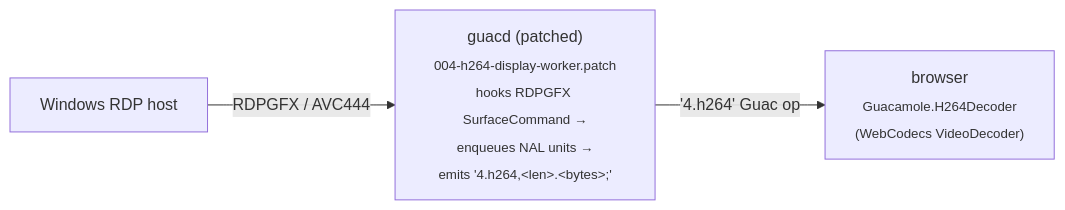
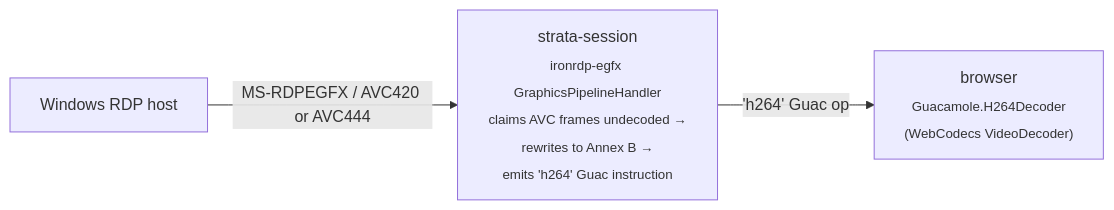
The diagram in docs/h264-passthrough.md (Bails309/strata-client), drawn with Mermaid before and after one commit. The commit also changed other lines of this file and 201 other files, not shown here.

````diff
--- a/docs/h264-passthrough.md
+++ b/docs/h264-passthrough.md
@@ -34,8 +25,8 @@
 ```mermaid
 flowchart LR
     Host["Windows RDP host"]
-    Host -->|"RDPGFX / AVC444"| Guacd
-    Guacd["guacd (patched)<br/><sub>004-h264-display-worker.patch<br/>hooks RDPGFX SurfaceCommand →<br/>enqueues NAL units →<br/>emits '4.h264,&lt;len&gt;.&lt;bytes&gt;;'</sub>"]
-    Guacd -->|"'4.h264' Guac op"| Browser
+    Host -->|"MS-RDPEGFX / AVC420 or AVC444"| Engine
+    Engine["strata-session<br/><sub>ironrdp-egfx GraphicsPipelineHandler<br/>claims AVC frames undecoded →<br/>rewrites to Annex B →<br/>emits 'h264' Guac instruction</sub>"]
+    Engine -->|"'h264' Guac op"| Browser
     Browser["browser<br/><sub>Guacamole.H264Decoder<br/>(WebCodecs VideoDecoder)</sub>"]
 ```
````
